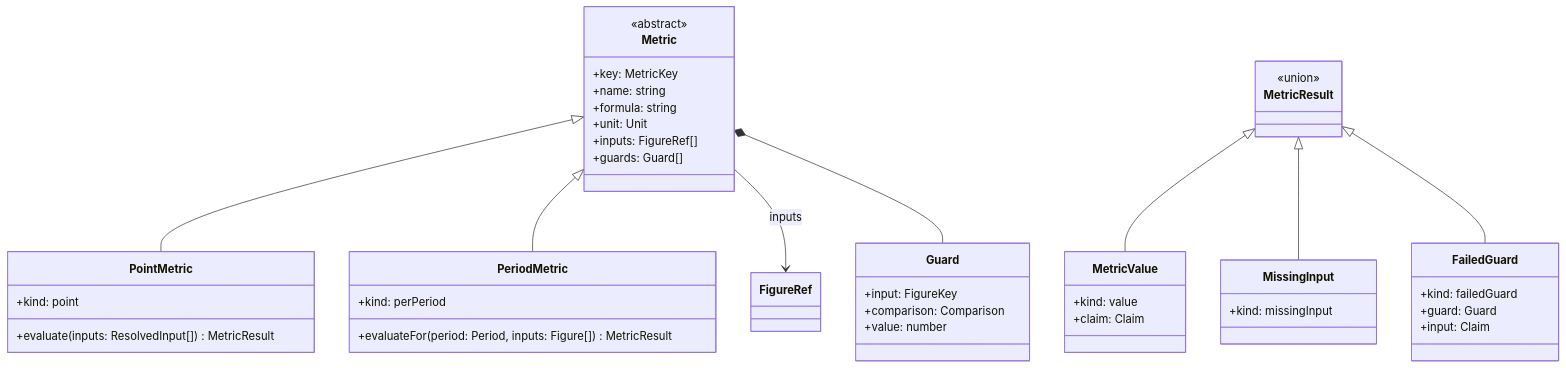
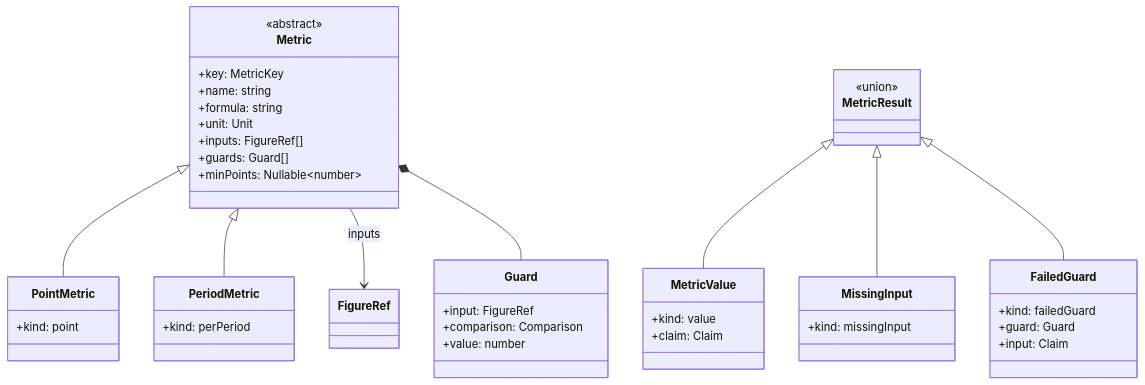
The sixth of 7 diagrams in design/uml_class_diagram/company_data_model.md (ironcapitaleu/frontend), drawn with Mermaid before and after one commit. The commit also changed other lines of this file and 1 other file, not shown here.

````diff
--- a/design/uml_class_diagram/company_data_model.md
+++ b/design/uml_class_diagram/company_data_model.md
@@ -595,47 +677,46 @@
 ```mermaid
 classDiagram
     class Metric {
         <<abstract>>
         +key: MetricKey
         +name: string
         +formula: string
         +unit: Unit
         +inputs: FigureRef[]
         +guards: Guard[]
+        +minPoints: Nullable~number~
     }
     class PointMetric {
         +kind: point
-        +evaluate(inputs: ResolvedInput[]) MetricResult
     }
     class PeriodMetric {
         +kind: perPeriod
-        +evaluateFor(period: Period, inputs: Figure[]) MetricResult
     }
     class Guard {
-        +input: FigureKey
+        +input: FigureRef
         +comparison: Comparison
         +value: number
     }
     class MetricResult {
         <<union>>
     }
     class MetricValue {
         +kind: value
         +claim: Claim
     }
     class MissingInput {
         +kind: missingInput
     }
     class FailedGuard {
         +kind: failedGuard
         +guard: Guard
         +input: Claim
     }
     Metric <|-- PointMetric
     Metric <|-- PeriodMetric
     Metric --> FigureRef : inputs
     Metric *-- Guard
     MetricResult <|-- MetricValue
     MetricResult <|-- MissingInput
     MetricResult <|-- FailedGuard
 ```
````
